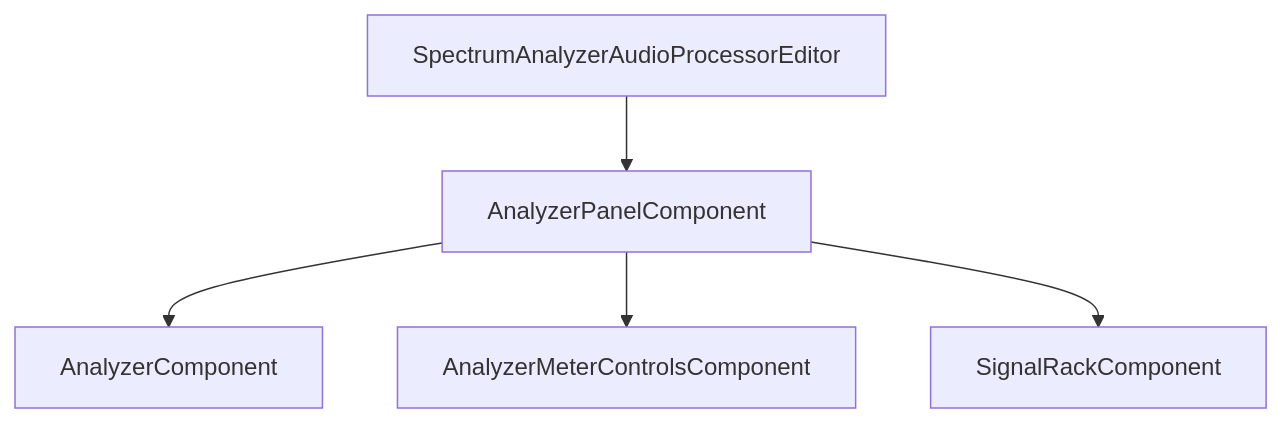
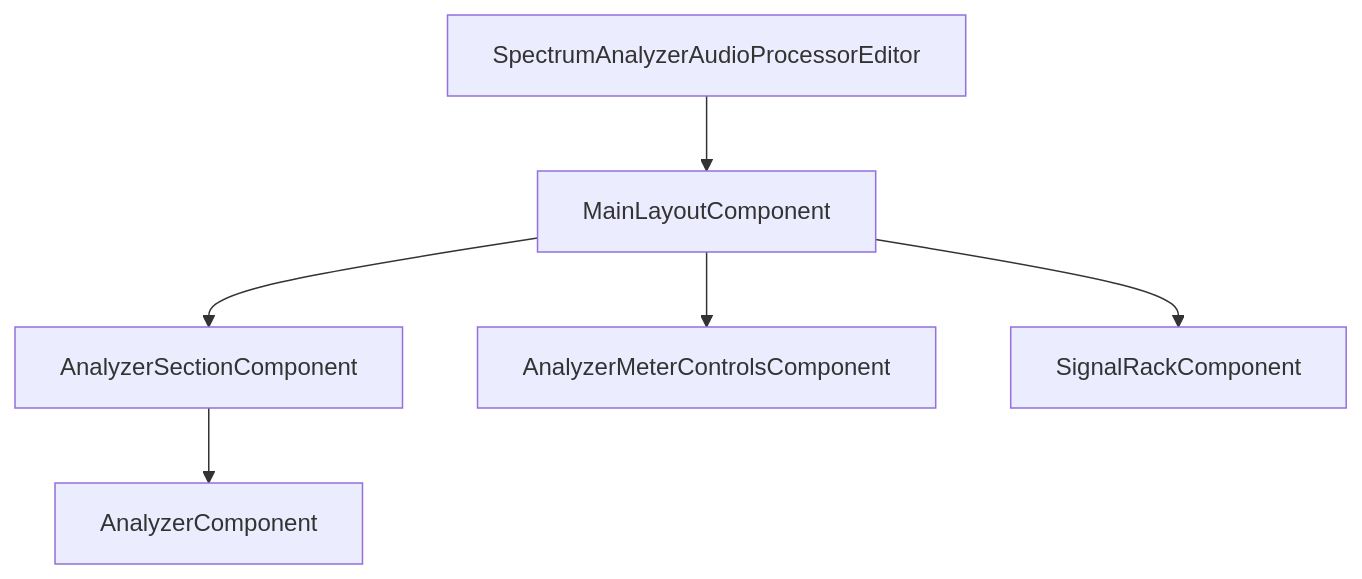
Before and after one commit to Silenterc/Band-Spectrum-Analyzer: the second of 10 diagrams in docs/ui-architecture.md, drawn with Mermaid. The commit also changed other lines of this file and 9 other files, not shown here.

````diff
--- a/docs/ui-architecture.md
+++ b/docs/ui-architecture.md
@@ -27,7 +27,8 @@
 ```mermaid
 flowchart TD
-    Editor[SpectrumAnalyzerAudioProcessorEditor] --> Panel[AnalyzerPanelComponent]
-    Panel --> Plot[AnalyzerComponent]
-    Panel --> SideStrip[AnalyzerMeterControlsComponent]
-    Panel --> Rack[SignalRackComponent]
+    Editor[SpectrumAnalyzerAudioProcessorEditor] --> Layout[MainLayoutComponent]
+    Layout --> AnalyzerSection[AnalyzerSectionComponent]
+    AnalyzerSection --> Plot[AnalyzerComponent]
+    Layout --> SideStrip[AnalyzerMeterControlsComponent]
+    Layout --> Rack[SignalRackComponent]
 ```
````
